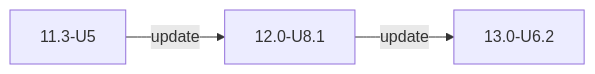
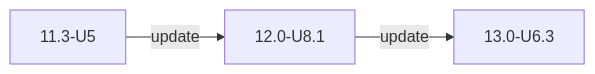
The second of 2 diagrams in static/includes/COREUpgradePaths.md (truenas/documentation), drawn with Mermaid before and after one commit. The commit also changed other lines of this file and 2 other files, not shown here.

```diff
--- a/static/includes/COREUpgradePaths.md
+++ b/static/includes/COREUpgradePaths.md
@@ -21,5 +21,5 @@
       {{< mermaid class="mermaid_sizing" >}}
       flowchart LR
       A["11.3-U5"] -->|update| B["12.0-U8.1"]
-      B -->|update| C["13.0-U6.2"]
+      B -->|update| C["13.0-U6.3"]
       {{< /mermaid >}}
```
